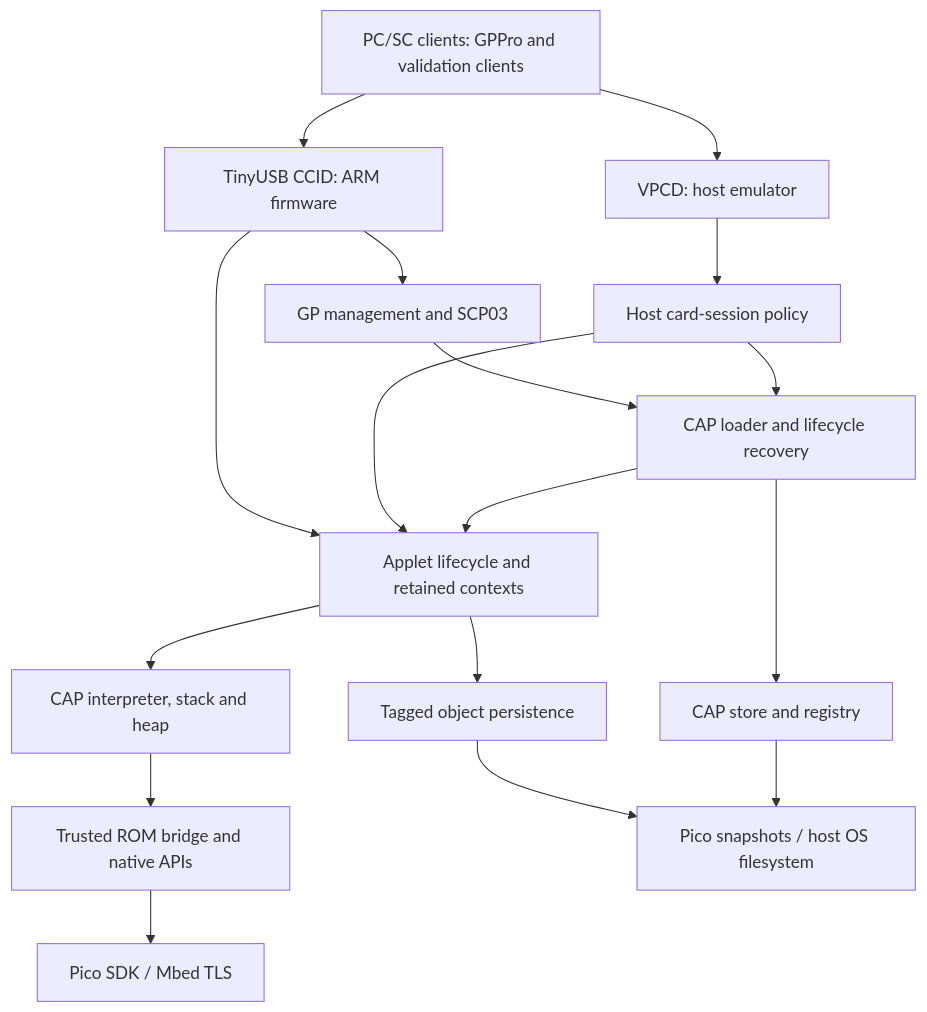
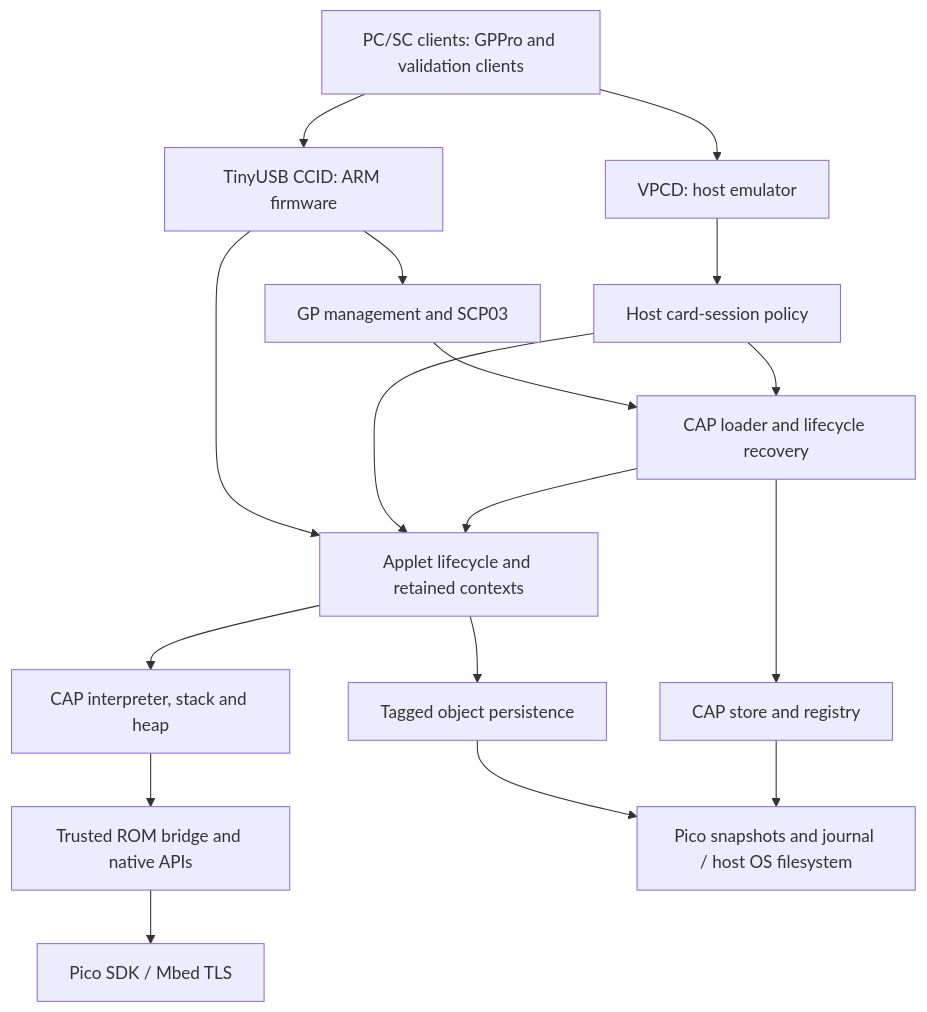
The diagram in docs/FIRMWARE_JCVM_ARCHITECTURE.md (mcubench/pico2-jcvm), drawn with Mermaid before and after one commit. The commit also changed other lines of this file and 23 other files, not shown here.

````diff
--- a/docs/FIRMWARE_JCVM_ARCHITECTURE.md
+++ b/docs/FIRMWARE_JCVM_ARCHITECTURE.md
@@ -11,19 +11,19 @@
 ```mermaid
 flowchart TD
   H[PC/SC clients: GPPro and validation clients] --> U[TinyUSB CCID: ARM firmware]
   H --> V[VPCD: host emulator]
   U --> G[GP management and SCP03]
   V --> HG[Host card-session policy]
   G --> L[CAP loader and lifecycle recovery]
   HG --> L
   U --> R[Applet lifecycle and retained contexts]
   HG --> R
   L --> R
   R --> I[CAP interpreter, stack and heap]
   I --> N[Trusted ROM bridge and native APIs]
   N --> P[Pico SDK / Mbed TLS]
   R --> S[Tagged object persistence]
   L --> C[CAP store and registry]
-  S --> F[Pico snapshots / host OS filesystem]
+  S --> F[Pico snapshots and journal / host OS filesystem]
   C --> F
 ```
````
